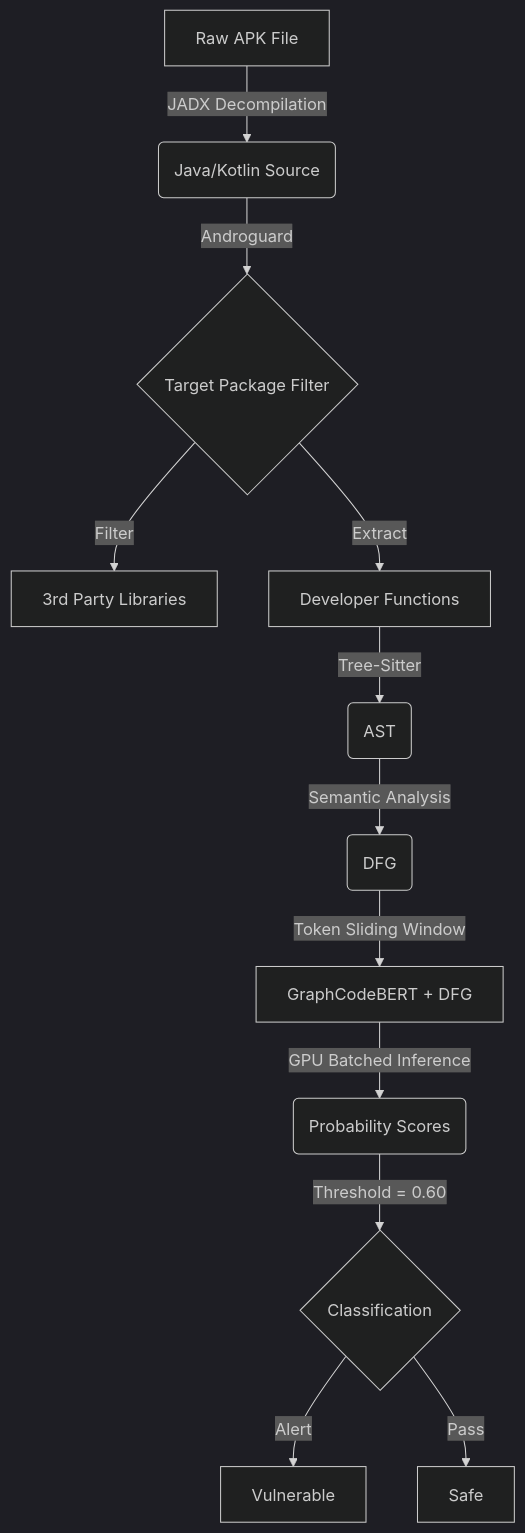
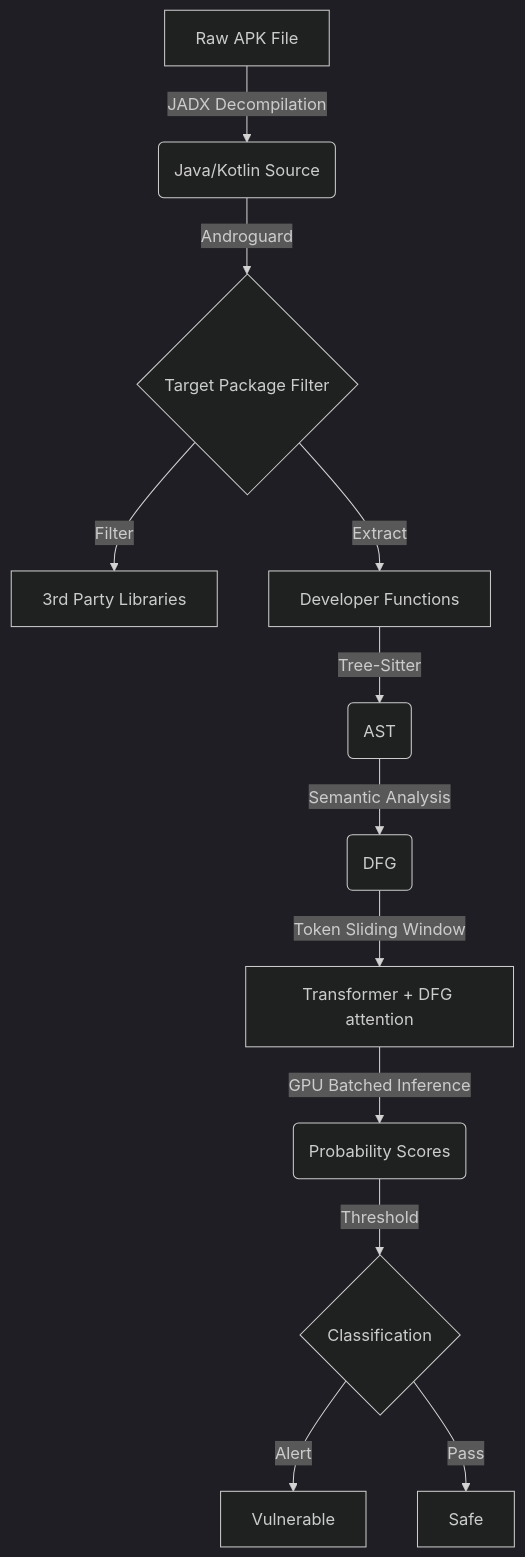
Before and after one commit to abdullah2142/Dual-Transformer-APK-Defense: the diagram in README.md, drawn with Mermaid (dark theme). The commit also changed other lines of this file and 10 other files, not shown here.

````diff
--- a/README.md
+++ b/README.md
@@ -21,14 +40,14 @@
 ```mermaid
 graph TD
     A[Raw APK File] -->|JADX Decompilation| B(Java/Kotlin Source)
     B -->|Androguard| C{Target Package Filter}
     C -->|Filter| D[3rd Party Libraries]
     C -->|Extract| E[Developer Functions]
     E -->|Tree-Sitter| F(AST)
     F -->|Semantic Analysis| G(DFG)
-    G -->|Token Sliding Window| H[GraphCodeBERT + DFG]
+    G -->|Token Sliding Window| H[Transformer + DFG attention]
     H -->|GPU Batched Inference| I(Probability Scores)
-    I -->|Threshold = 0.60| J{Classification}
+    I -->|Threshold| J{Classification}
     J -->|Alert| K[Vulnerable]
     J -->|Pass| L[Safe]
 ```
````
